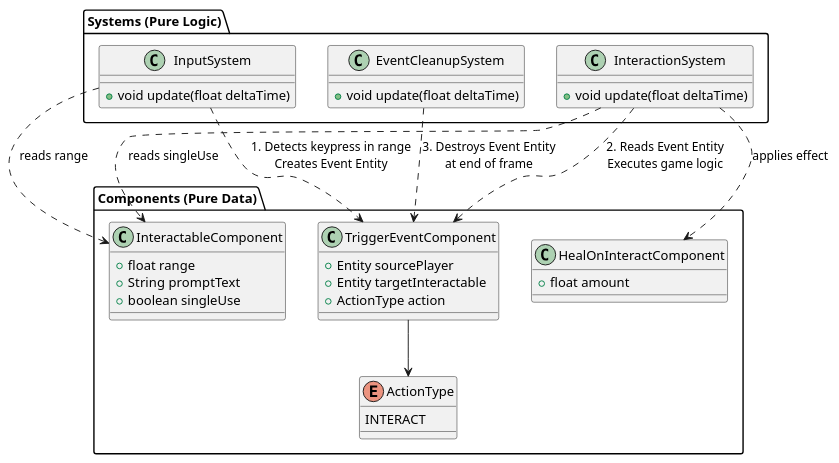
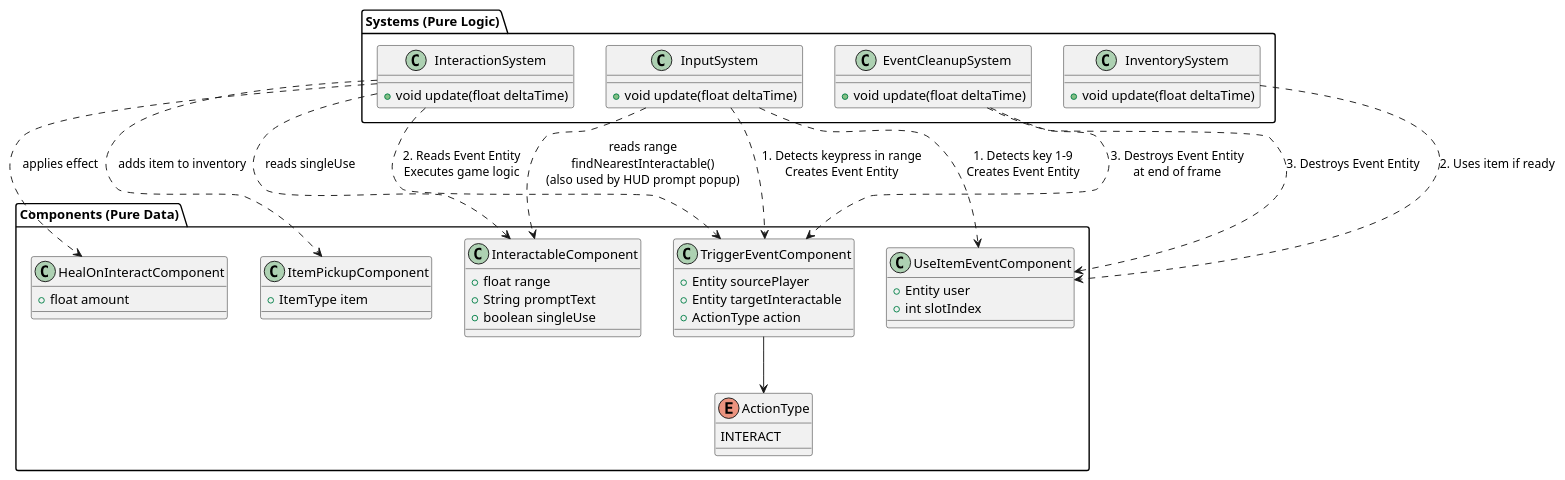
Before and after one commit to ENG1C4T3/goose-survivor: the diagram in misc/uml/events.puml, drawn with PlantUML. The commit also changed 39 other files, not shown here.

Commit message:
Add inventory system with item pickups, effects, and hotbar UI. Implemented the coffee, energy drink, and trumpet items.

```diff
--- a/misc/uml/events.puml
+++ b/misc/uml/events.puml
@@ -1,52 +1,73 @@
 @startuml
 
 package "Components (Pure Data)" {
     class InteractableComponent {
         + float range
         + String promptText
+        ' Action only, e.g. "Pick up Coffee"; HUD shows "[E] " + promptText
         + boolean singleUse
     }
 
     class HealOnInteractComponent {
         ' Interaction effect
         + float amount
     }
 
     class TriggerEventComponent {
         + Entity sourcePlayer
         + Entity targetInteractable
         + ActionType action
     }
 
     enum ActionType {
         INTERACT
     }
     TriggerEventComponent --> ActionType
+
+    class UseItemEventComponent {
+        + Entity user
+        + int slotIndex
+    }
+
+    class ItemPickupComponent {
+        ' Interaction effect
+        + ItemType item
+    }
 }
 
 package "Systems (Pure Logic)" {
     class InputSystem {
         ' Checks keybinds and player position
         + void update(float deltaTime)
     }
 
     class InteractionSystem {
         ' Processes the event logic
+        + void update(float deltaTime)
+    }
+
+    class InventorySystem {
+        ' Uses items, ticks cooldowns
         + void update(float deltaTime)
     }
 
     class EventCleanupSystem {
         ' Runs at the very end of the frame
         + void update(float deltaTime)
     }
 }
 
 ' Flow of the Event-as-Entity pattern
 InputSystem .right.> TriggerEventComponent : 1. Detects keypress in range\nCreates Event Entity
 InteractionSystem ..> TriggerEventComponent : 2. Reads Event Entity\nExecutes game logic
 EventCleanupSystem ..> TriggerEventComponent : 3. Destroys Event Entity\nat end of frame
 
-InputSystem ..> InteractableComponent : reads range
+InputSystem ..> InteractableComponent : reads range\nfindNearestInteractable()\n(also used by HUD prompt popup)
 InteractionSystem ..> InteractableComponent : reads singleUse
 InteractionSystem ..> HealOnInteractComponent : applies effect
+InteractionSystem ..> ItemPickupComponent : adds item to inventory
+
+InputSystem ..> UseItemEventComponent : 1. Detects key 1-9\nCreates Event Entity
+InventorySystem ..> UseItemEventComponent : 2. Uses item if ready
+EventCleanupSystem ..> UseItemEventComponent : 3. Destroys Event Entity
 @enduml
```
